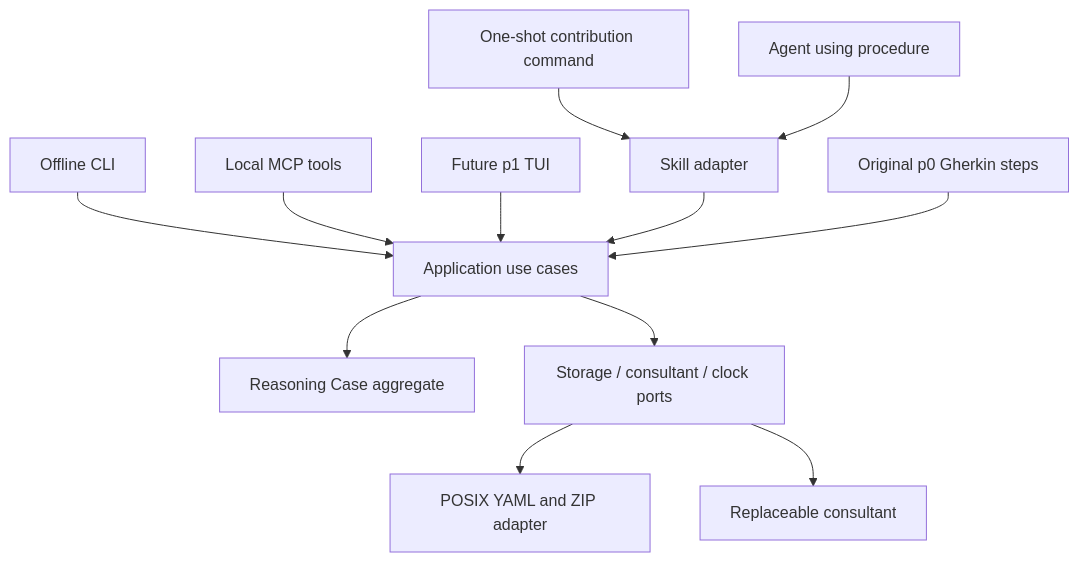
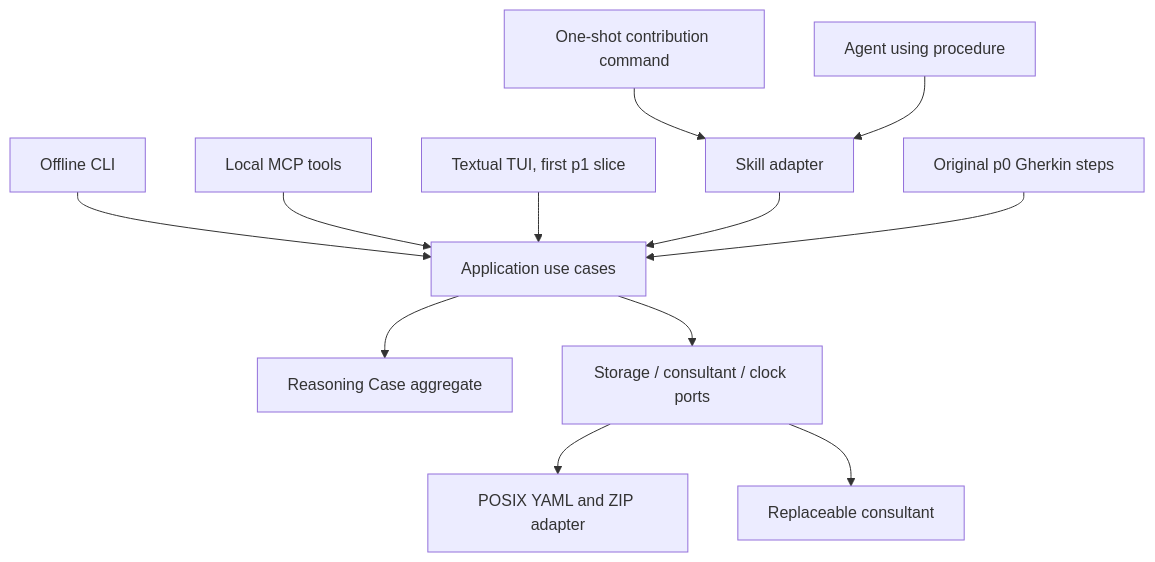
One commit to life-itself/reason-commons-tui changed the diagram in ARCHITECTURE.md. Above: the diagram before and after it, drawn with Mermaid. The commit also changed 10 other files, not shown here.

First line of the commit message:
Add a first usable terminal workspace (TUI) with an offline guide

````diff
--- a/ARCHITECTURE.md
+++ b/ARCHITECTURE.md
@@ -8,14 +8,14 @@
 ```mermaid
 flowchart TD
   CLI[Offline CLI] --> App[Application use cases]
   Invocation[One-shot contribution command] --> Skill
   MCP[Local MCP tools] --> App
-  TUI[Future p1 TUI] --> App
+  TUI[Textual TUI, first p1 slice] --> App
   Agent[Agent using procedure] --> Skill[Skill adapter]
   Skill --> App
   BDD[Original p0 Gherkin steps] --> App
   App --> Domain[Reasoning Case aggregate]
   App --> Ports[Storage / consultant / clock ports]
   Ports --> FS[POSIX YAML and ZIP adapter]
   Ports --> Provider[Replaceable consultant]
 ```
````
